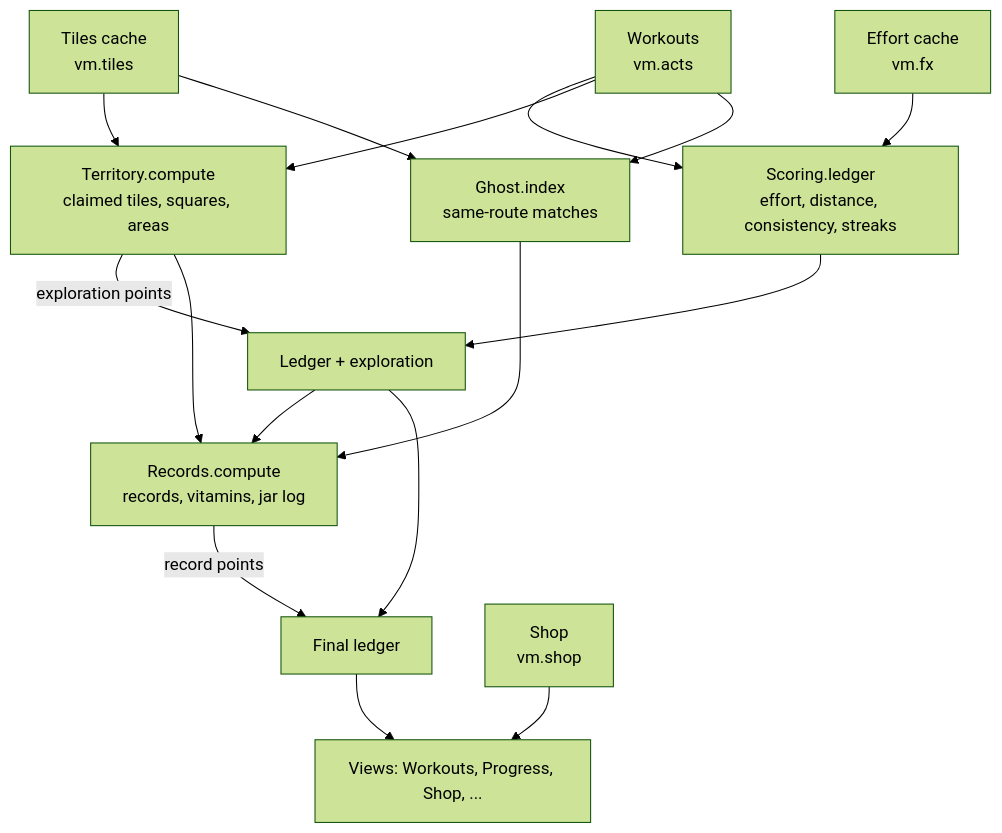
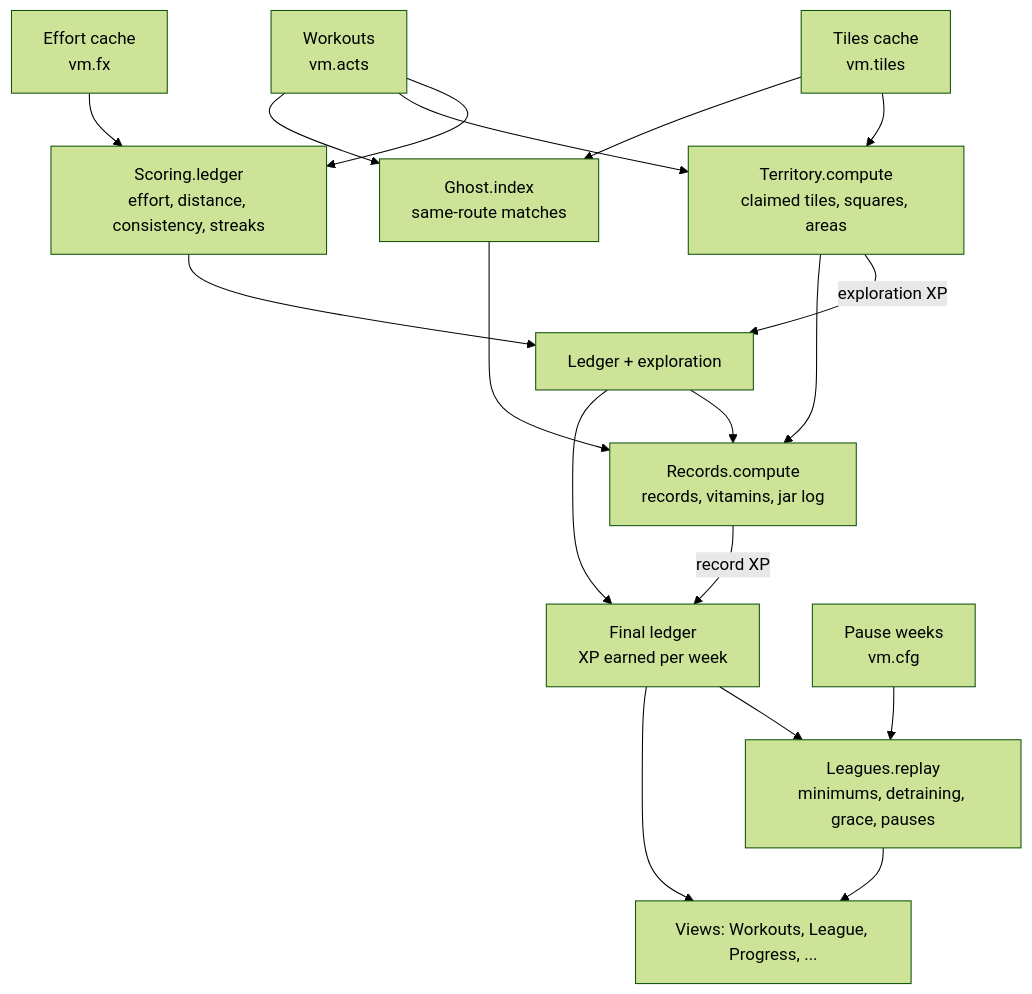
The second of 2 diagrams in README.md (akwilabrave/vitamin-me), drawn with Mermaid (forest theme) before and after one commit. The commit also changed other lines of this file and 10 other files, not shown here.

First line of the commit message:
Replace points and shop with XP, levels and 12 leagues

````diff
--- a/README.md
+++ b/README.md
@@ -335,18 +381,20 @@
 ```mermaid
 flowchart TD
     acts[Workouts<br/>vm.acts] --> L[Scoring.ledger<br/>effort, distance, consistency, streaks]
     fx[Effort cache<br/>vm.fx] --> L
     tiles[Tiles cache<br/>vm.tiles] --> T[Territory.compute<br/>claimed tiles, squares, areas]
     acts --> T
-    T -->|exploration points| L2[Ledger + exploration]
+    T -->|exploration XP| L2[Ledger + exploration]
     L --> L2
     tiles --> G[Ghost.index<br/>same-route matches]
     acts --> G
     L2 --> R[Records.compute<br/>records, vitamins, jar log]
     G --> R
     T --> R
-    R -->|record points| LF[Final ledger]
+    R -->|record XP| LF[Final ledger<br/>XP earned per week]
     L2 --> LF
-    LF --> UI[Views: Workouts, Progress, Shop, ...]
-    shop[Shop<br/>vm.shop] --> UI
+    LF --> LG[Leagues.replay<br/>minimums, detraining, grace, pauses]
+    pauses[Pause weeks<br/>vm.cfg] --> LG
+    LG --> UI[Views: Workouts, League, Progress, ...]
+    LF --> UI
 ```
````
